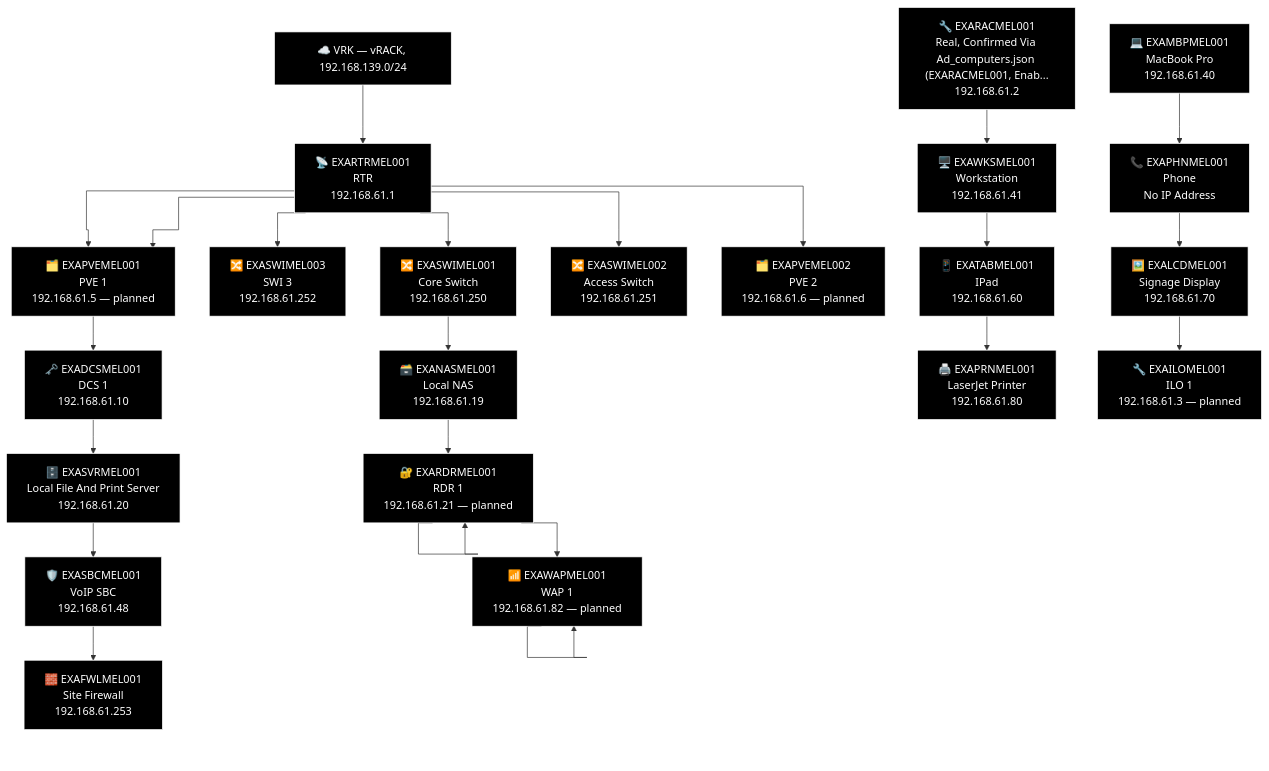
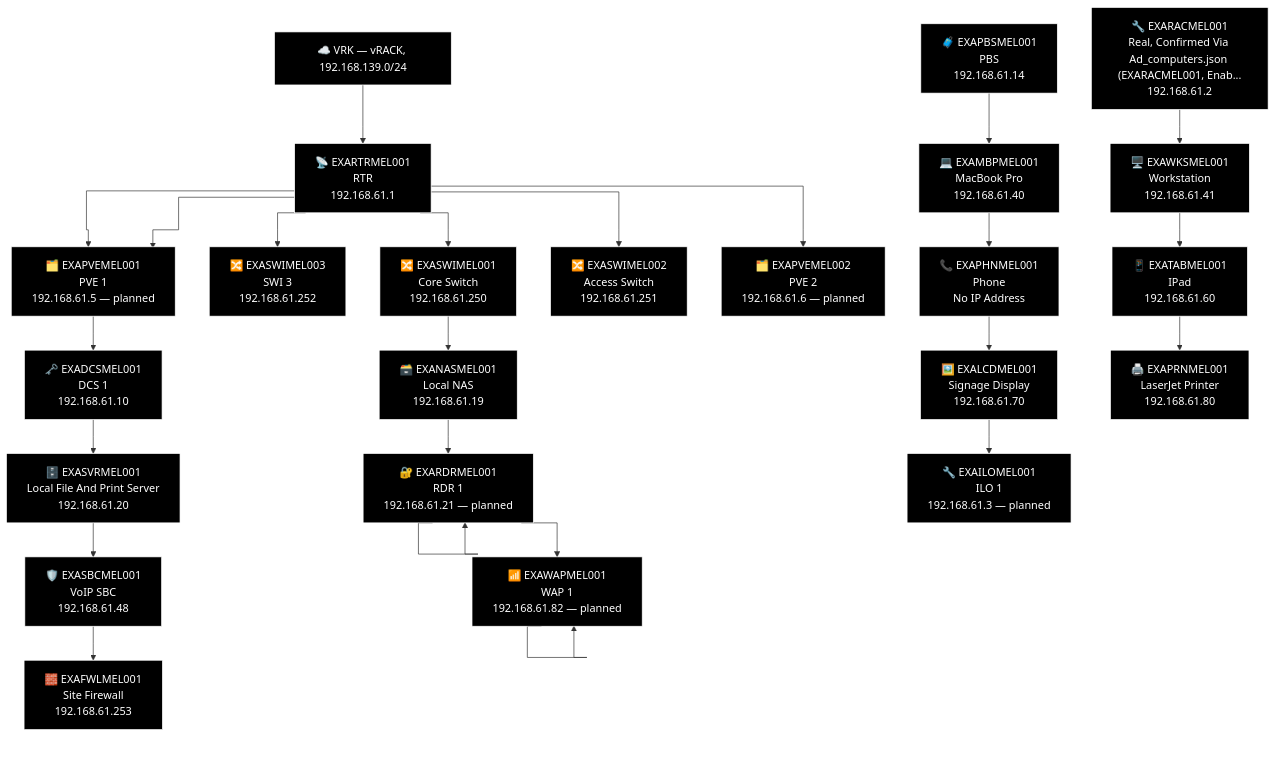
One commit to knightmare2600/example_music_infra changed the sixth of 6 diagrams in docs/network-diagram/australia.md. Above: the diagram before and after it, drawn with Mermaid. The commit also changed other lines of this file and 14 other files, not shown here.

First line of the commit message:
docs/network-diagram: regenerate, every site was missing its PBS node

````diff
--- a/docs/network-diagram/australia.md
+++ b/docs/network-diagram/australia.md
@@ -322,67 +324,69 @@
 ```mermaid
 %% GENERATED:TOPOLOGY:MEL:START
 %%{init: {'flowchart': {'curve': 'stepAfter'}}}%%
 graph TD
     T_VRK["☁️ VRK — vRACK, 192.168.139.0/24"]
     T_RTR["📡 EXARTRMEL001<br/>RTR<br/>192.168.61.1"]
     T_VRK --> T_RTR
     T_PVE["🗂️ EXAPVEMEL001<br/>PVE 1<br/>192.168.61.5"]
     T_RTR --> T_PVE
     T_SWI["🔀 EXASWIMEL003<br/>SWI 3<br/>192.168.61.252"]
     T_RTR --> T_SWI
     T_SWI2["🔀 EXASWIMEL001<br/>Core Switch<br/>192.168.61.250"]
     T_RTR --> T_SWI2
     T_SWI3["🔀 EXASWIMEL002<br/>Access Switch<br/>192.168.61.251"]
     T_RTR --> T_SWI3
     T_PVE["🗂️ EXAPVEMEL001<br/>PVE 1<br/>192.168.61.5 — planned"]
     T_RTR --> T_PVE
     T_PVE2["🗂️ EXAPVEMEL002<br/>PVE 2<br/>192.168.61.6 — planned"]
     T_RTR --> T_PVE2
     T_NAS["🗃️ EXANASMEL001<br/>Local NAS<br/>192.168.61.19"]
     T_RDR["🔐 EXARDRMEL001<br/>RDR<br/>192.168.61.21"]
     T_RDR["🔐 EXARDRMEL001<br/>RDR 1<br/>192.168.61.21 — planned"]
     T_WAP["📶 EXAWAPMEL001<br/>WAP 1<br/>192.168.61.82"]
     T_WAP["📶 EXAWAPMEL001<br/>WAP 1<br/>192.168.61.82 — planned"]
     T_SWI2 --> T_NAS --> T_RDR --> T_RDR --> T_WAP --> T_WAP
     T_DCS["🗝️ EXADCSMEL001<br/>DCS 1<br/>192.168.61.10"]
     T_SVR["🗄️ EXASVRMEL001<br/>Local File And Print Server<br/>192.168.61.20"]
     T_SBC["🛡️ EXASBCMEL001<br/>VoIP SBC<br/>192.168.61.48"]
     T_FWL["🧱 EXAFWLMEL001<br/>Site Firewall<br/>192.168.61.253"]
     T_PVE --> T_DCS --> T_SVR --> T_SBC --> T_FWL
+    T_PBS["🧳 EXAPBSMEL001<br/>PBS<br/>192.168.61.14"]
     T_RAC["🔧 EXARACMEL001<br/>Real, Confirmed Via Ad_computers.json (EXARACMEL001, Enab...<br/>192.168.61.2"]
     T_MBP["💻 EXAMBPMEL001<br/>MacBook Pro<br/>192.168.61.40"]
     T_WKS["🖥️ EXAWKSMEL001<br/>Workstation<br/>192.168.61.41"]
     T_PHN["📞 EXAPHNMEL001<br/>Phone<br/>No IP Address"]
     T_TAB["📱 EXATABMEL001<br/>IPad<br/>192.168.61.60"]
     T_LCD["🖼️ EXALCDMEL001<br/>Signage Display<br/>192.168.61.70"]
     T_PRN["🖨️ EXAPRNMEL001<br/>LaserJet Printer<br/>192.168.61.80"]
     T_ILO["🔧 EXAILOMEL001<br/>ILO 1<br/>192.168.61.3 — planned"]
+    T_PBS --> T_MBP --> T_PHN --> T_LCD --> T_ILO
     T_RAC --> T_WKS --> T_TAB --> T_PRN
-    T_MBP --> T_PHN --> T_LCD --> T_ILO
     style T_VRK fill:#000000,stroke:#FFFFFF,color:#FFFFFF
     style T_RTR fill:#000000,stroke:#FFFFFF,color:#FFFFFF
     style T_PVE fill:#000000,stroke:#FFFFFF,color:#FFFFFF
     style T_SWI fill:#000000,stroke:#FFFFFF,color:#FFFFFF
     style T_SWI2 fill:#000000,stroke:#FFFFFF,color:#FFFFFF
     style T_SWI3 fill:#000000,stroke:#FFFFFF,color:#FFFFFF
     style T_PVE fill:#000000,stroke:#FFFFFF,color:#FFFFFF
     style T_PVE2 fill:#000000,stroke:#FFFFFF,color:#FFFFFF
     style T_NAS fill:#000000,stroke:#FFFFFF,color:#FFFFFF
     style T_RDR fill:#000000,stroke:#FFFFFF,color:#FFFFFF
     style T_RDR fill:#000000,stroke:#FFFFFF,color:#FFFFFF
     style T_WAP fill:#000000,stroke:#FFFFFF,color:#FFFFFF
     style T_WAP fill:#000000,stroke:#FFFFFF,color:#FFFFFF
     style T_DCS fill:#000000,stroke:#FFFFFF,color:#FFFFFF
     style T_SVR fill:#000000,stroke:#FFFFFF,color:#FFFFFF
     style T_SBC fill:#000000,stroke:#FFFFFF,color:#FFFFFF
     style T_FWL fill:#000000,stroke:#FFFFFF,color:#FFFFFF
+    style T_PBS fill:#000000,stroke:#FFFFFF,color:#FFFFFF
     style T_RAC fill:#000000,stroke:#FFFFFF,color:#FFFFFF
     style T_MBP fill:#000000,stroke:#FFFFFF,color:#FFFFFF
     style T_WKS fill:#000000,stroke:#FFFFFF,color:#FFFFFF
     style T_PHN fill:#000000,stroke:#FFFFFF,color:#FFFFFF
     style T_TAB fill:#000000,stroke:#FFFFFF,color:#FFFFFF
     style T_LCD fill:#000000,stroke:#FFFFFF,color:#FFFFFF
     style T_PRN fill:#000000,stroke:#FFFFFF,color:#FFFFFF
     style T_ILO fill:#000000,stroke:#FFFFFF,color:#FFFFFF
 %% GENERATED:TOPOLOGY:MEL:END
 ```
````
